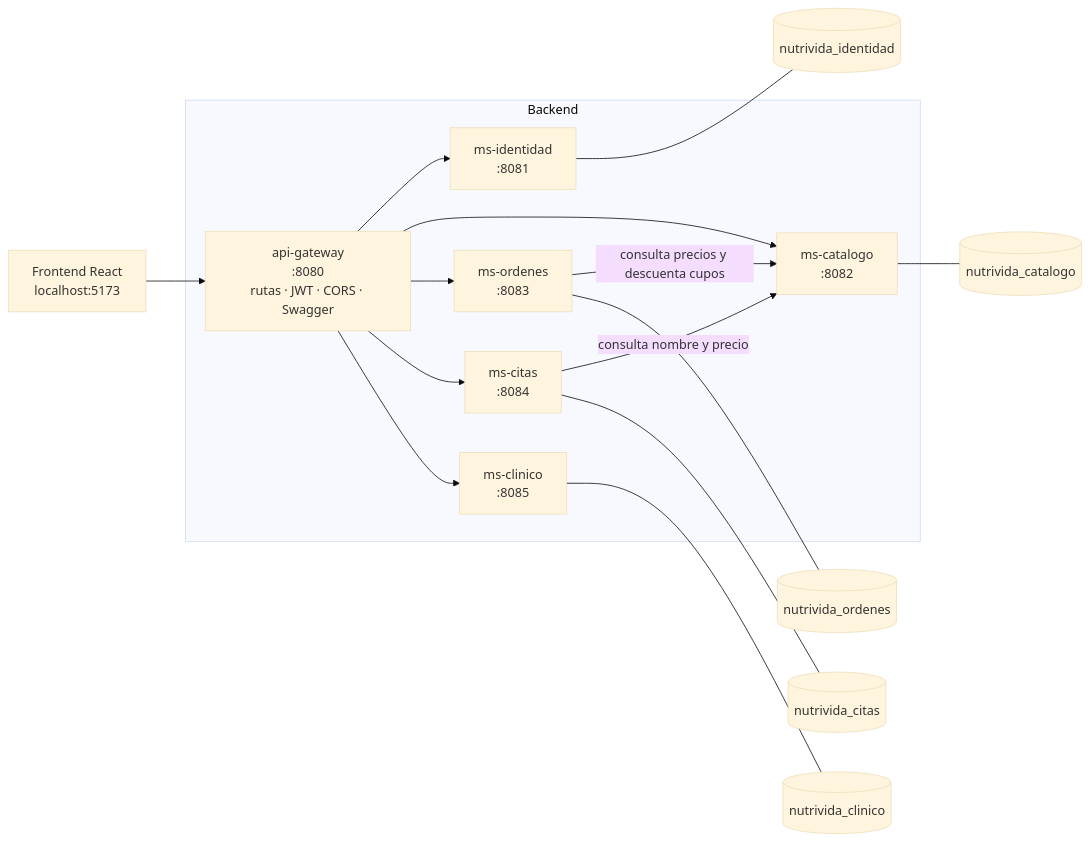
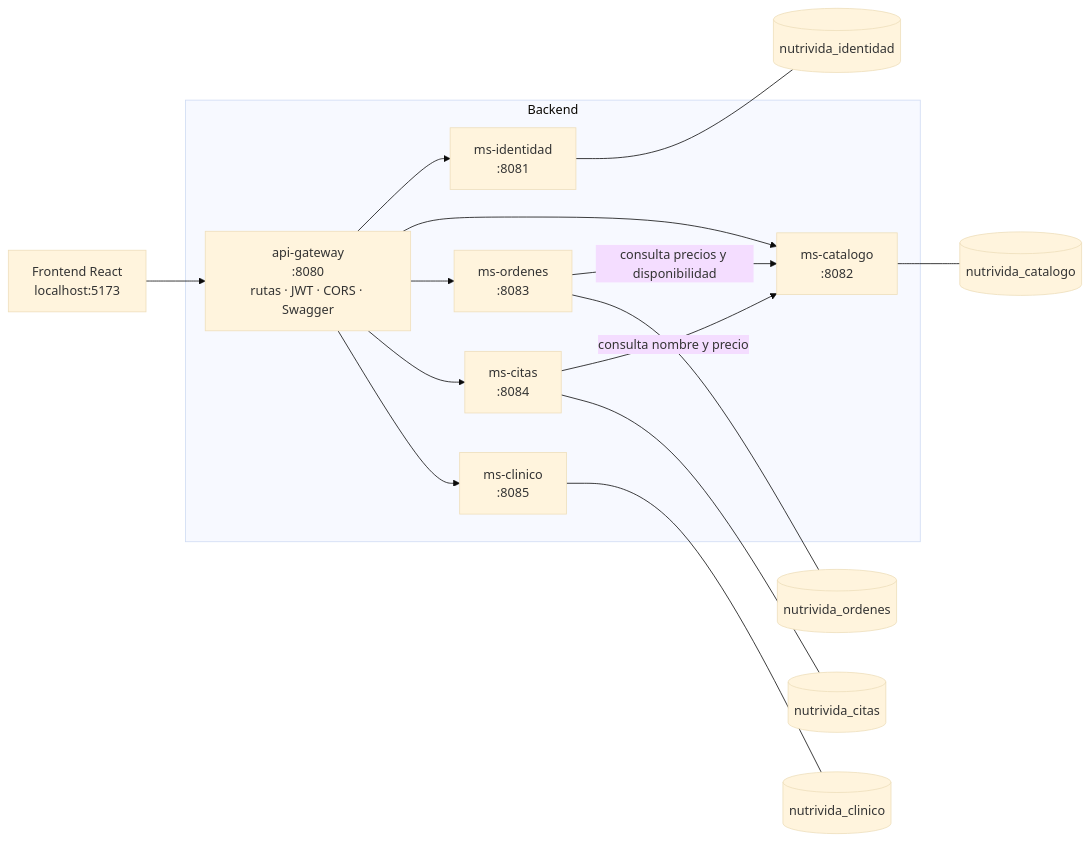
The diagram in README.md (MagePower91/NutriVida-Backend), drawn with Mermaid (base theme) before and after one commit. The commit also changed other lines of this file and 4 other files, not shown here.

````diff
--- a/README.md
+++ b/README.md
@@ -13,27 +13,27 @@
 ```mermaid
 flowchart LR
     FE["Frontend React<br/>localhost:5173"] --> GW
 
     subgraph Backend
         GW["api-gateway<br/>:8080<br/>rutas · JWT · CORS · Swagger"]
         ID["ms-identidad<br/>:8081"]
         CA["ms-catalogo<br/>:8082"]
         OR["ms-ordenes<br/>:8083"]
         CI["ms-citas<br/>:8084"]
         CL["ms-clinico<br/>:8085"]
     end
 
     GW --> ID
     GW --> CA
     GW --> OR
     GW --> CI
     GW --> CL
     CI -->|"consulta nombre y precio"| CA
-    OR -->|"consulta precios y descuenta cupos"| CA
+    OR -->|"consulta precios y disponibilidad"| CA
 
     ID --- DB1[(nutrivida_identidad)]
     CA --- DB2[(nutrivida_catalogo)]
     OR --- DB3[(nutrivida_ordenes)]
     CI --- DB4[(nutrivida_citas)]
     CL --- DB5[(nutrivida_clinico)]
 ```
````
